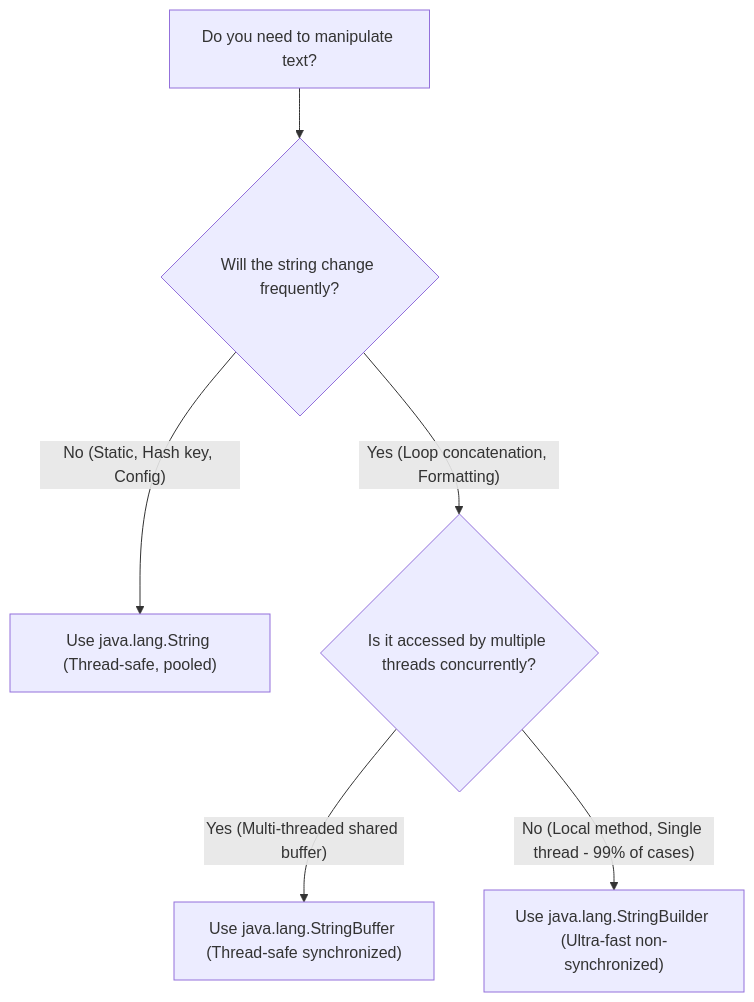
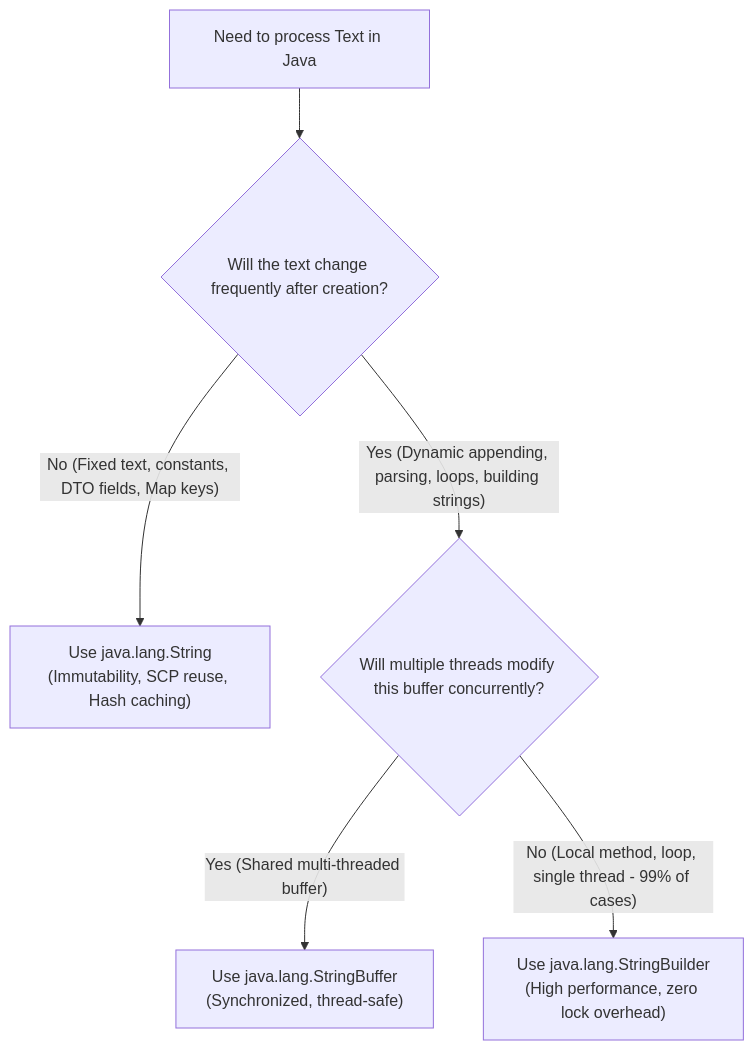
One commit to mayuri5401/ThreadSpeak changed the second of 2 diagrams in frontend/public/curriculum/core-java/08-strings/07-string-vs-stringbuffer-vs-stringbuilder.md. Above: the diagram before and after it, drawn with Mermaid. The commit also changed other lines of this file and 361 other files, not shown here.

Commit message:
feat(strings): in-depth String Memory Management & SCP theory, architecture visualizer, clean formatting, and Kafka microservices telemetry

````diff
--- a/frontend/public/curriculum/core-java/08-strings/07-string-vs-stringbuffer-vs-stringbuilder.md
+++ b/frontend/public/curriculum/core-java/08-strings/07-string-vs-stringbuffer-vs-stringbuilder.md
@@ -88,8 +112,12 @@
 ```mermaid
-graph TD
-    Start["Do you need to manipulate text?"] --> Q1{"Will the string change frequently?"}
-    Q1 -- "No (Static, Hash key, Config)" --> S["Use java.lang.String (Thread-safe, pooled)"]
-    Q1 -- "Yes (Loop concatenation, Formatting)" --> Q2{"Is it accessed by multiple threads concurrently?"}
-    Q2 -- "Yes (Multi-threaded shared buffer)" --> SBF["Use java.lang.StringBuffer (Thread-safe synchronized)"]
-    Q2 -- "No (Local method, Single thread - 99% of cases)" --> SBL["Use java.lang.StringBuilder (Ultra-fast non-synchronized)"]
+flowchart TD
+    Start["Need to process Text in Java"] --> Q1{"Will the text change frequently after creation?"}
+    
+    Q1 -- "No (Fixed text, constants, DTO fields, Map keys)" --> UseString["Use java.lang.String<br/>(Immutability, SCP reuse, Hash caching)"]
+    
+    Q1 -- "Yes (Dynamic appending, parsing, loops, building strings)" --> Q2{"Will multiple threads modify this buffer concurrently?"}
+    
+    Q2 -- "Yes (Shared multi-threaded buffer)" --> UseStringBuffer["Use java.lang.StringBuffer<br/>(Synchronized, thread-safe)"]
+    
+    Q2 -- "No (Local method, loop, single thread - 99% of cases)" --> UseStringBuilder["Use java.lang.StringBuilder<br/>(High performance, zero lock overhead)"]
 ```
````
